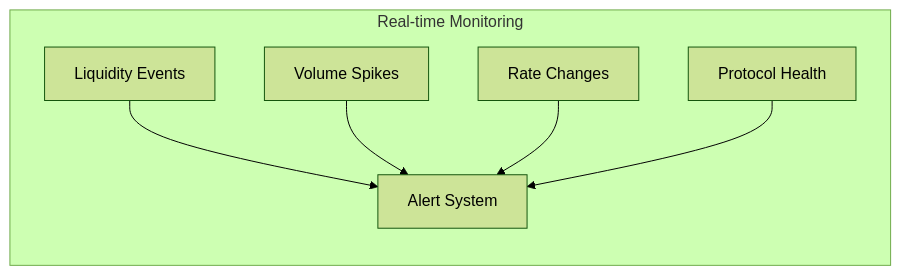
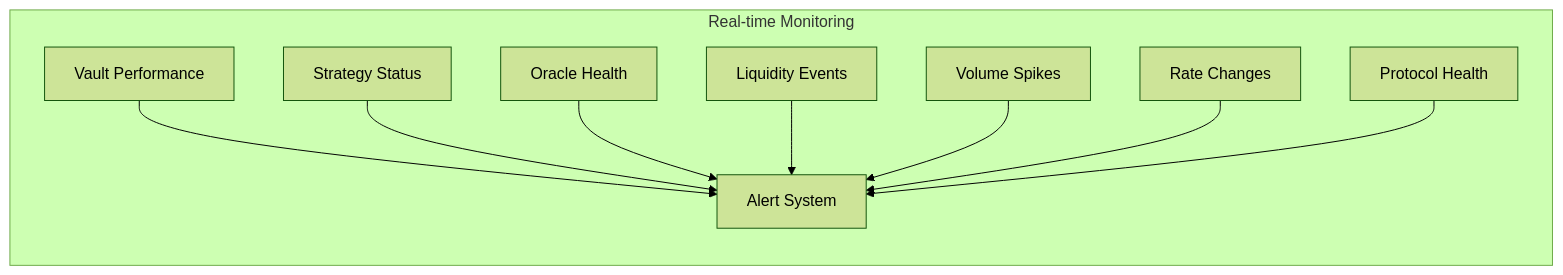
Before and after one commit to shogunprotocol/shogun-ai-core: the fifth of 6 diagrams in docs/SHOGUN_CORE_AI_ARCHITECTURE.md, drawn with Mermaid (forest theme). The commit also changed other lines of this file and 21 other files, not shown here.

````diff
--- a/docs/SHOGUN_CORE_AI_ARCHITECTURE.md
+++ b/docs/SHOGUN_CORE_AI_ARCHITECTURE.md
@@ -118,14 +140,20 @@
 ```mermaid
 graph LR
     subgraph Monitoring["Real-time Monitoring"]
+        VAULT[Vault Performance]
+        STRATEGY[Strategy Status]
+        ORACLE[Oracle Health]
         LIQ[Liquidity Events]
         VOL[Volume Spikes]
         RATE[Rate Changes]
         HEALTH[Protocol Health]
         
-        LIQ --> Alert[Alert System]
+        VAULT --> Alert[Alert System]
+        STRATEGY --> Alert
+        ORACLE --> Alert
+        LIQ --> Alert
         VOL --> Alert
         RATE --> Alert
         HEALTH --> Alert
     end
 ```
````
